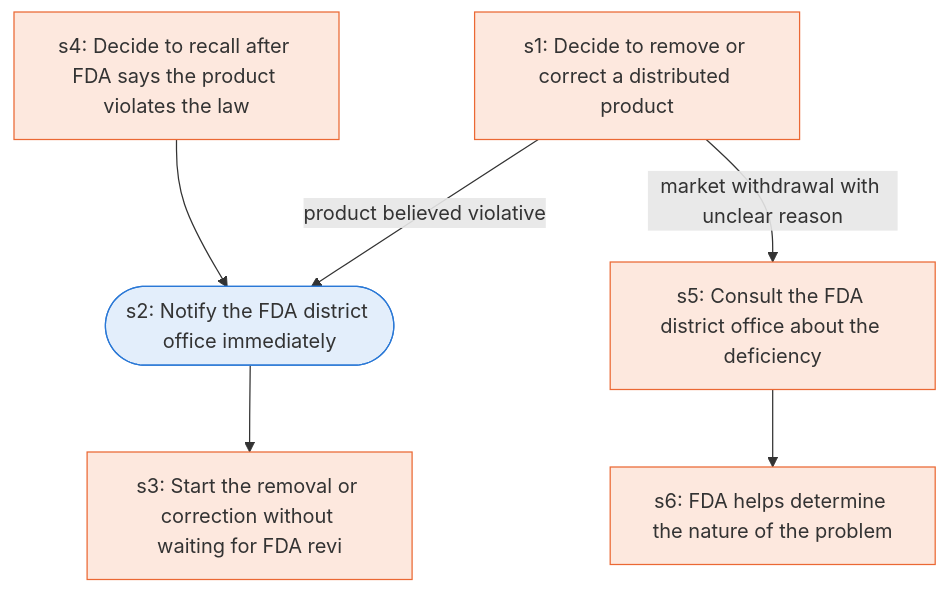
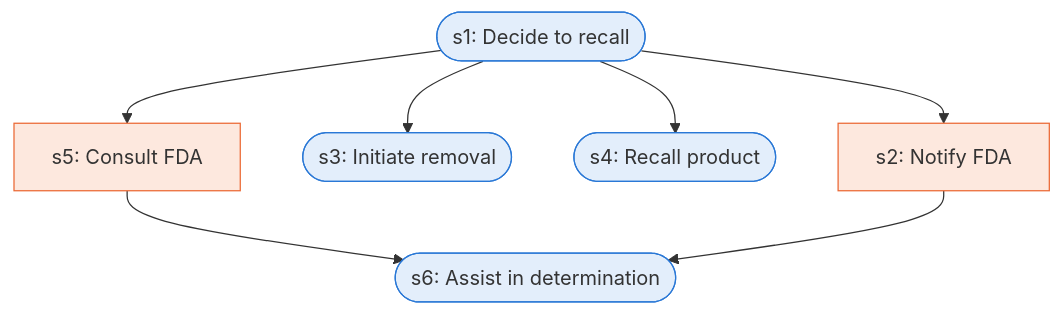
The diagram in docs/runbooks/fda_firm_initiated_recall.md (Jitesh-Mishra/sop-to-agent-workflows), drawn with Mermaid before and after one commit. The commit also changed other lines of this file and 172 other files, not shown here.

````diff
--- a/docs/runbooks/fda_firm_initiated_recall.md
+++ b/docs/runbooks/fda_firm_initiated_recall.md
@@ -7,18 +7,19 @@
 ```mermaid
 flowchart TD
-  s1["s1: Decide to remove or correct a distributed product"]
-  s2(["s2: Notify the FDA district office immediately"])
-  s3["s3: Start the removal or correction without waiting for FDA revi"]
-  s4["s4: Decide to recall after FDA says the product violates the law"]
-  s5["s5: Consult the FDA district office about the deficiency"]
-  s6["s6: FDA helps determine the nature of the problem"]
-  s1 -->|product believed violative| s2
-  s2 --> s3
-  s4 --> s2
-  s1 -->|market withdrawal with unclear reason| s5
+  s1(["s1: Decide to recall"])
+  s2["s2: Notify FDA"]
+  s3(["s3: Initiate removal"])
+  s4(["s4: Recall product"])
+  s5["s5: Consult FDA"]
+  s6(["s6: Assist in determination"])
+  s1 --> s2
+  s1 --> s3
+  s1 --> s4
+  s1 --> s5
   s5 --> s6
+  s2 --> s6
   classDef agent fill:#e3eefb,stroke:#2a78d6
   classDef human fill:#fde8de,stroke:#eb6834
-  class s2 agent
-  class s1,s3,s4,s5,s6 human
+  class s1,s3,s4,s6 agent
+  class s2,s5 human
 ```
````
